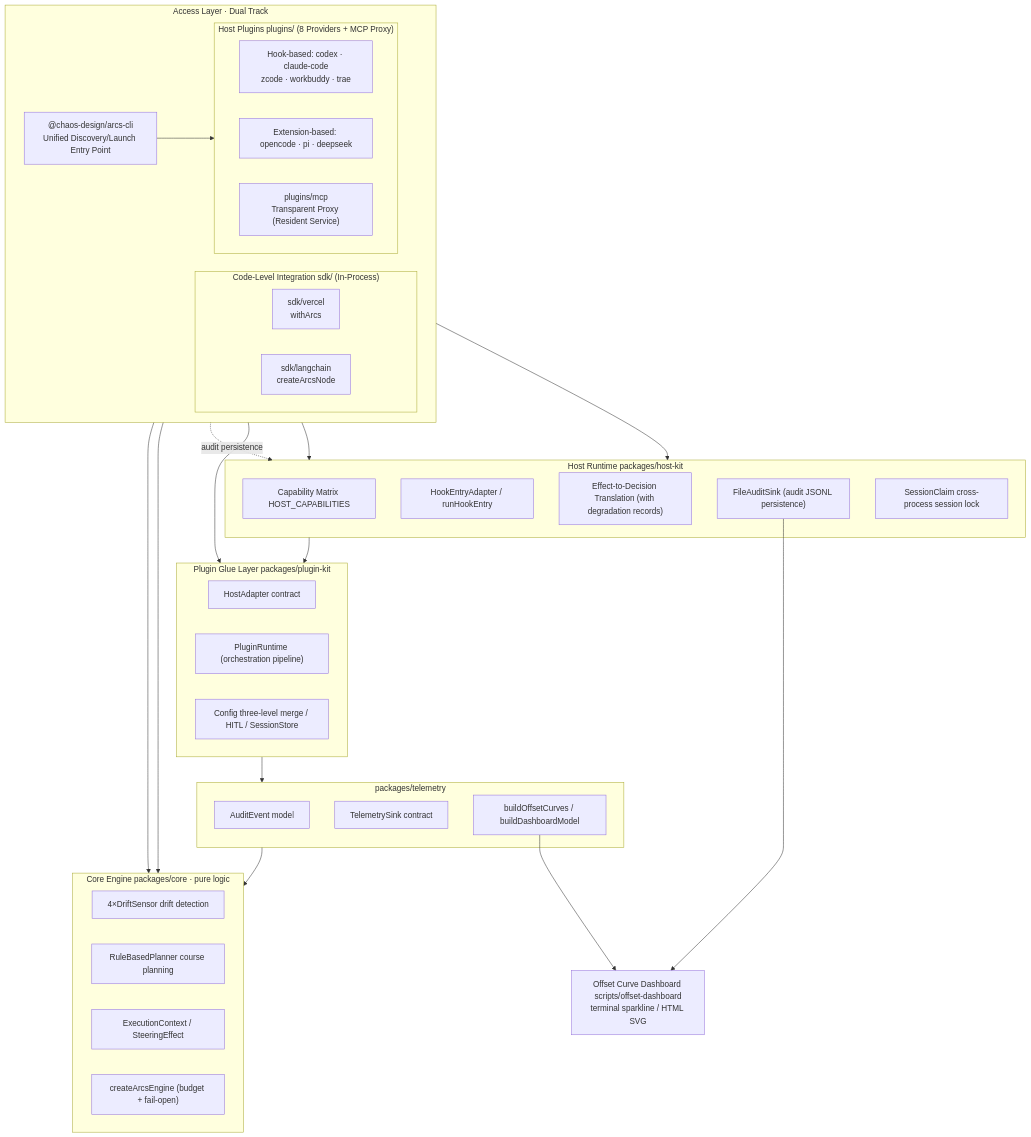
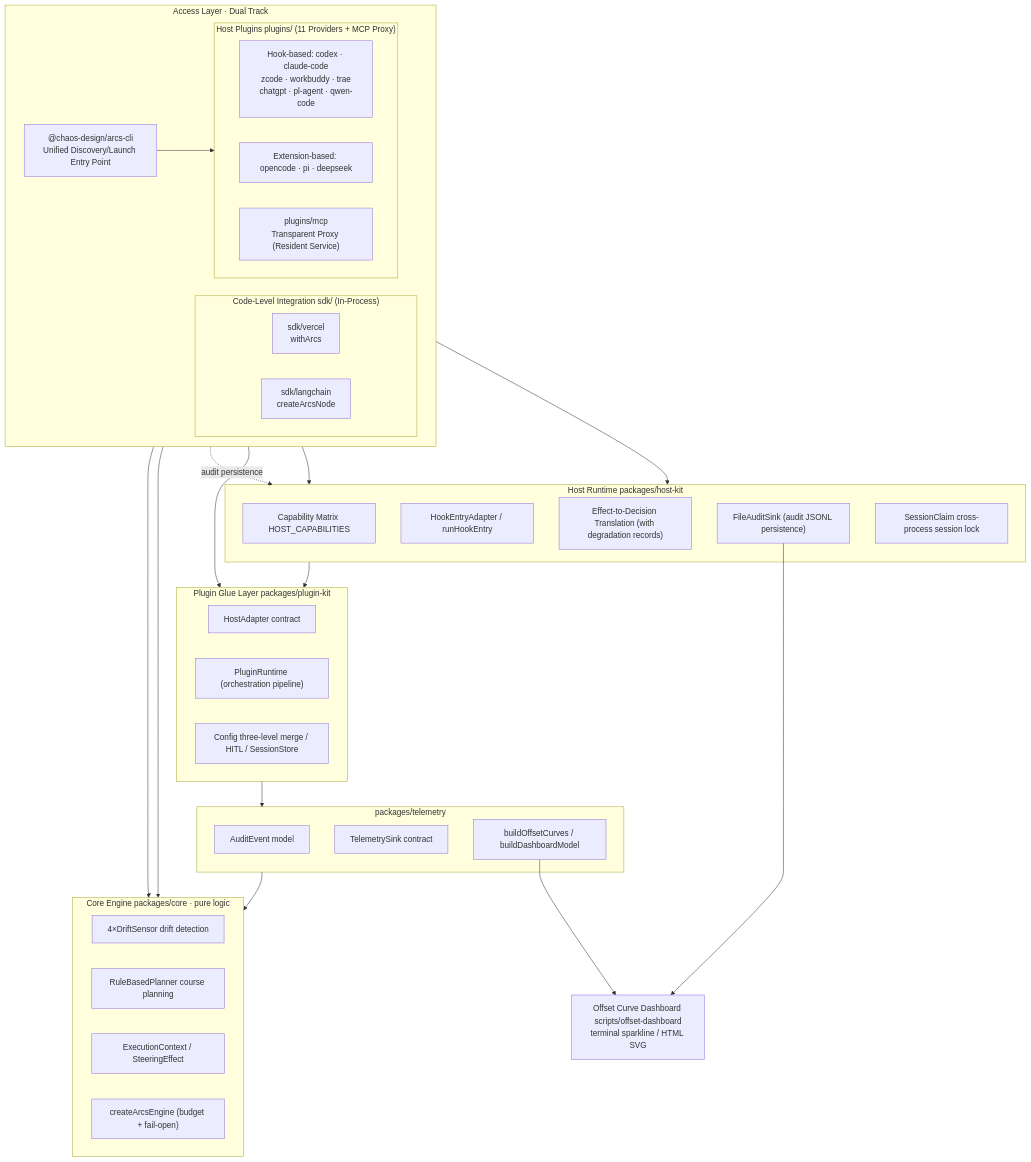
The first of 3 diagrams in docs/en/architecture.md (chaos-design/arcs), drawn with Mermaid before and after one commit. The commit also changed other lines of this file and 69 other files, not shown here.

First line of the commit message:
feat(plugins): 统一 Hook 原语并新增 ChatGPT/PL Agent/Qwen Code 三个宿主插件

````diff
--- a/docs/en/architecture.md
+++ b/docs/en/architecture.md
@@ -23,54 +23,54 @@
 ```mermaid
 flowchart TB
   subgraph L1["Access Layer · Dual Track"]
     direction LR
     subgraph SDK["Code-Level Integration sdk/ (In-Process)"]
       SV["sdk/vercel<br/>withArcs"]
       SL["sdk/langchain<br/>createArcsNode"]
     end
-    subgraph PL["Host Plugins plugins/ (8 Providers + MCP Proxy)"]
+    subgraph PL["Host Plugins plugins/ (11 Providers + MCP Proxy)"]
       direction LR
-      NATIVE["Hook-based: codex · claude-code<br/>zcode · workbuddy · trae"]
+      NATIVE["Hook-based: codex · claude-code<br/>zcode · workbuddy · trae<br/>chatgpt · pl-agent · qwen-code"]
       EXT["Extension-based: opencode · pi · deepseek"]
       MCPP["plugins/mcp<br/>Transparent Proxy (Resident Service)"]
     end
     CLI["@chaos-design/arcs-cli<br/>Unified Discovery/Launch Entry Point"]
   end
   subgraph HK["Host Runtime packages/host-kit"]
     CAP["Capability Matrix HOST_CAPABILITIES"]
     HOOK["HookEntryAdapter / runHookEntry"]
     DEC["Effect-to-Decision Translation (with degradation records)"]
     AUDIT["FileAuditSink (audit JSONL persistence)"]
     CLAIM["SessionClaim cross-process session lock"]
   end
   subgraph KIT["Plugin Glue Layer packages/plugin-kit"]
     HA["HostAdapter contract"]
     RT["PluginRuntime (orchestration pipeline)"]
     BR["Config three-level merge / HITL / SessionStore"]
   end
   subgraph TELE["packages/telemetry"]
     AE["AuditEvent model"]
     TS["TelemetrySink contract"]
     CURVE["buildOffsetCurves / buildDashboardModel"]
   end
   subgraph CORE["Core Engine packages/core · pure logic"]
     SENSE["4×DriftSensor drift detection"]
     PLAN["RuleBasedPlanner course planning"]
     MODEL["ExecutionContext / SteeringEffect"]
     ENG["createArcsEngine (budget + fail-open)"]
   end
   DASH["Offset Curve Dashboard scripts/offset-dashboard<br/>terminal sparkline / HTML SVG"]
 
   NATIVE --> HK
   EXT --> HK
   MCPP --> KIT
   MCPP -.audit persistence.-> HK
   HK --> KIT
   KIT --> TELE
   TELE --> CORE
   SV --> CORE
   SL --> CORE
   CLI --> MCPP
   AUDIT --> DASH
   CURVE --> DASH
 ```
````
